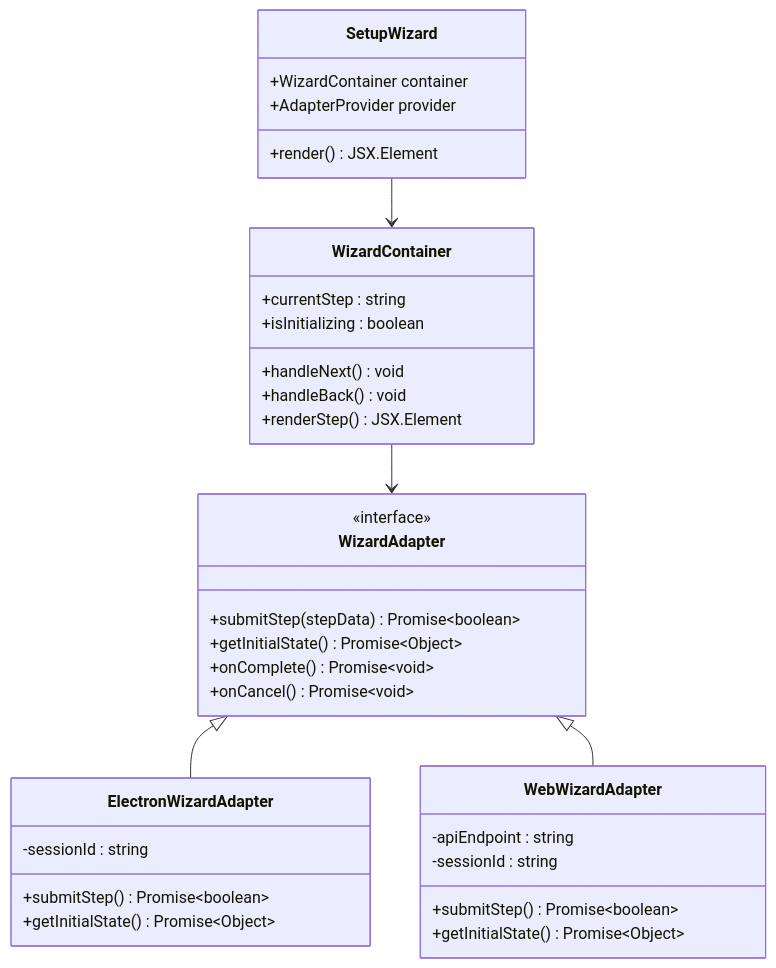
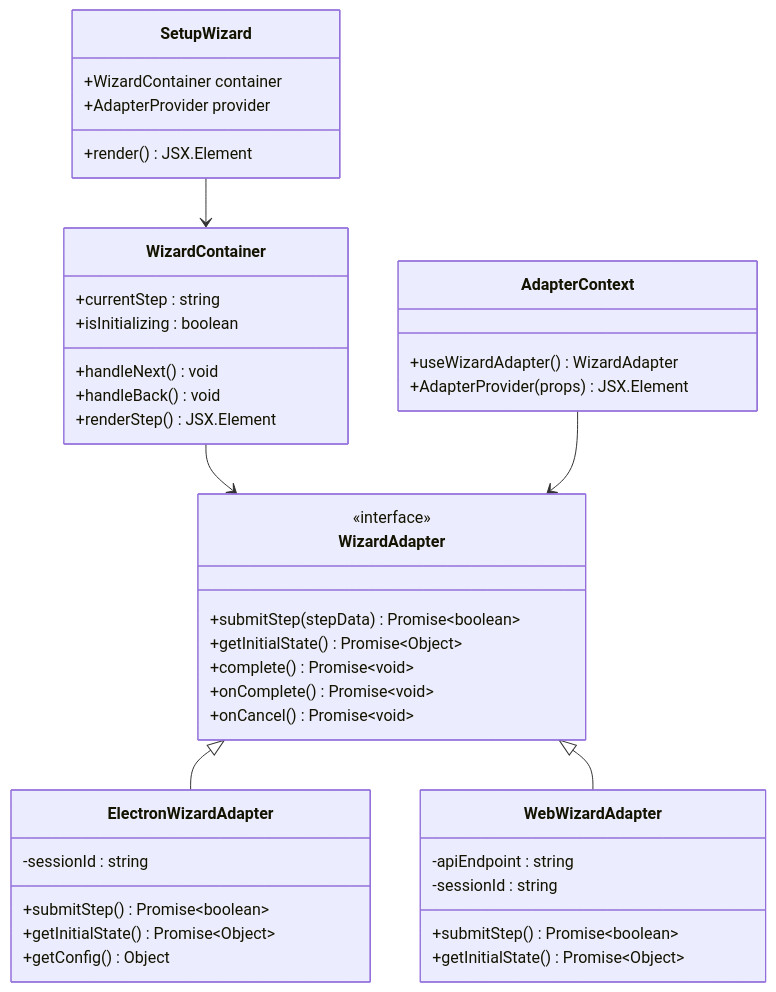
Before and after one commit to verse-ai-org/openclaw: the second of 7 diagrams in .qoder/repowiki/zh/content/开发者指南/设置向导系统.md, drawn with Mermaid. The commit also changed other lines of this file and 78 other files, not shown here.

````diff
--- a/.qoder/repowiki/zh/content/开发者指南/设置向导系统.md
+++ b/.qoder/repowiki/zh/content/开发者指南/设置向导系统.md
@@ -82,37 +103,44 @@
 ```mermaid
 classDiagram
 class SetupWizard {
 +WizardContainer container
 +AdapterProvider provider
 +render() JSX.Element
 }
 class WizardContainer {
 +currentStep : string
 +isInitializing : boolean
 +handleNext() void
 +handleBack() void
 +renderStep() JSX.Element
 }
 class WizardAdapter {
 <<interface>>
 +submitStep(stepData) Promise~boolean~
 +getInitialState() Promise~Object~
++complete() Promise~void~
 +onComplete() Promise~void~
 +onCancel() Promise~void~
 }
 class ElectronWizardAdapter {
 -sessionId : string
 +submitStep() Promise~boolean~
 +getInitialState() Promise~Object~
++getConfig() Object
 }
 class WebWizardAdapter {
 -apiEndpoint : string
 -sessionId : string
 +submitStep() Promise~boolean~
 +getInitialState() Promise~Object~
 }
+class AdapterContext {
++useWizardAdapter() WizardAdapter
++AdapterProvider(props) JSX.Element
+}
 SetupWizard --> WizardContainer
 WizardContainer --> WizardAdapter
 WizardAdapter <|-- ElectronWizardAdapter
 WizardAdapter <|-- WebWizardAdapter
+AdapterContext --> WizardAdapter
 ```
````
